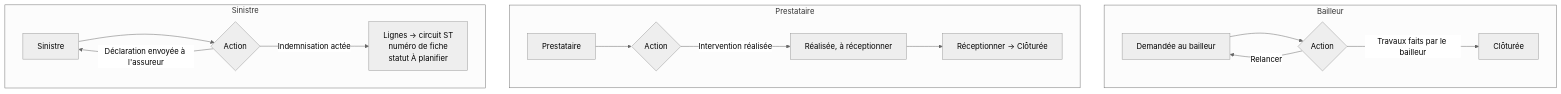
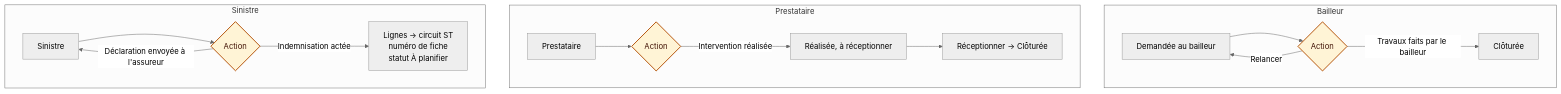
One commit to Mogot77/Application_Gestion_Travaux changed the third of 3 diagrams in docs/organigrammes/04-qualification.md. Above: the diagram before and after it, drawn with Mermaid (neutral theme). The commit also changed other lines of this file and 32 other files, not shown here.

Commit message:
docs: rework flowcharts for readability (colors, larger text, split long diagrams, recent rules)

````diff
--- a/docs/organigrammes/04-qualification.md
+++ b/docs/organigrammes/04-qualification.md
@@ -51,18 +66,24 @@
 ```mermaid
 flowchart TD
     subgraph Bailleur
       B1[Demandée au bailleur] --> B2{Action}
       B2 -- Relancer --> B1
       B2 -- "Travaux faits par le bailleur" --> BC[Clôturée]
     end
     subgraph Prestataire
       P1[Prestataire] --> P2{Action}
       P2 -- "Intervention réalisée" --> P3[Réalisée, à réceptionner]
       P3 --> PC[Réceptionner → Clôturée]
     end
     subgraph Sinistre
       S1[Sinistre] --> S2{Action}
       S2 -- "Déclaration envoyée à l'assureur" --> S1
       S2 -- "Indemnisation actée" --> S3[Lignes → circuit ST<br/>numéro de fiche<br/>statut À planifier]
     end
+    %% styles communs
+    classDef dec fill:#fff4d6,stroke:#b45309,stroke-width:2px,color:#431407
+    classDef term fill:#dbe4ff,stroke:#3730a3,stroke-width:2px,color:#1e1b4b
+    classDef err fill:#fde2e2,stroke:#b91c1c,stroke-width:2px,color:#450a0a
+    classDef ok fill:#dcfce7,stroke:#15803d,stroke-width:2px,color:#052e16
+    class B2,P2,S2 dec
 ```
````
